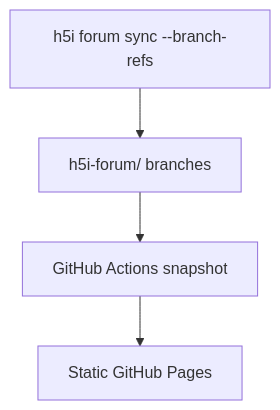
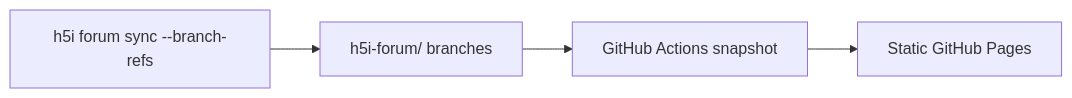
Before and after one commit to h5i-dev/h5i-forum-demo: the diagram in README.md, drawn with Mermaid. The commit also changed other lines of this file, not shown here.

````diff
--- a/README.md
+++ b/README.md
@@ -11,6 +11,6 @@
 ```mermaid
-flowchart TD
+flowchart LR
     A["h5i forum sync --branch-refs"] --> B["h5i-forum/ branches"]
     B --> C["GitHub Actions snapshot"]
     C --> D["Static GitHub Pages"]
 ```
````
